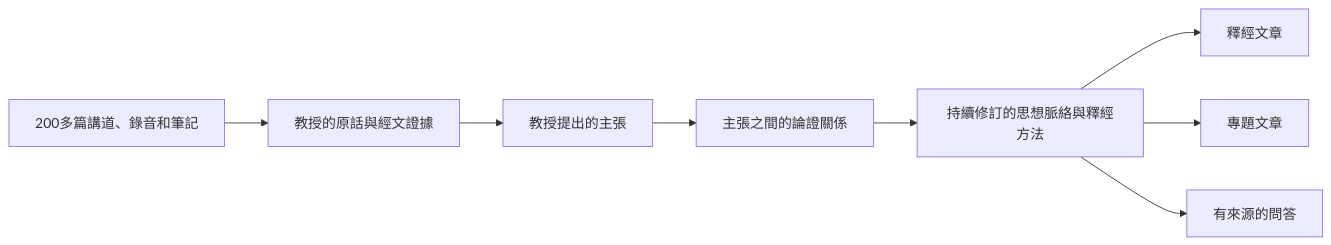
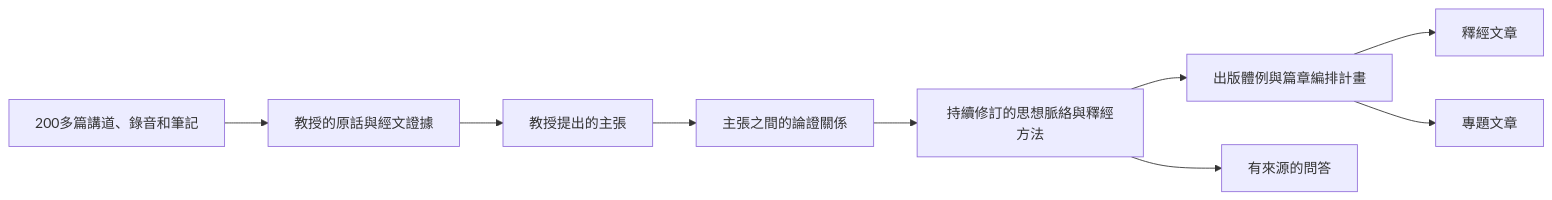
Before and after one commit to junyang168/smart-answer: the second of 9 diagrams in docs/wang-knowledge-platform/project_mission_statement.md, drawn with Mermaid. The commit also changed other lines of this file and 100 other files, not shown here.

````diff
--- a/docs/wang-knowledge-platform/project_mission_statement.md
+++ b/docs/wang-knowledge-platform/project_mission_statement.md
@@ -51,10 +74,11 @@
 ```mermaid
 flowchart LR
     A["200多篇講道、錄音和筆記"] --> B["教授的原話與經文證據"]
     B --> C["教授提出的主張"]
     C --> D["主張之間的論證關係"]
     D --> E["持續修訂的思想脈絡與釋經方法"]
-    E --> F["釋經文章"]
-    E --> G["專題文章"]
+    E --> P["出版體例與篇章編排計畫"]
+    P --> F["釋經文章"]
+    P --> G["專題文章"]
     E --> H["有來源的問答"]
 ```
````
